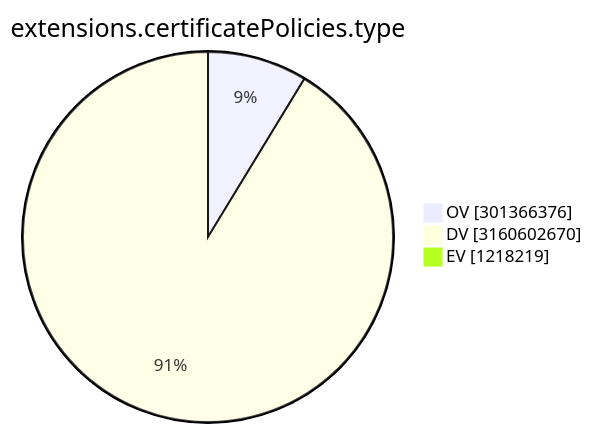
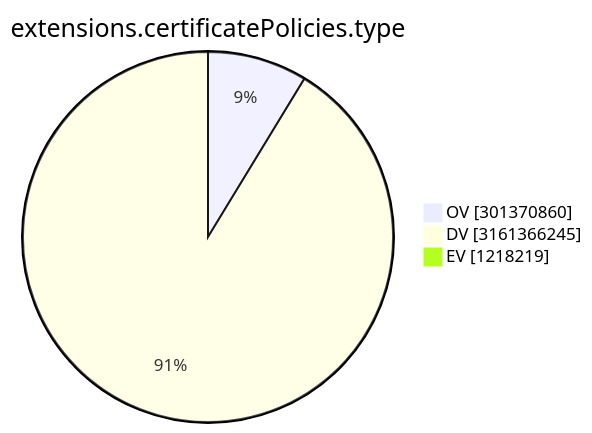
The ninth of 15 diagrams in TOTAL/README.md (christiankrug/ctmonitor_visualization), drawn with Mermaid before and after one commit. The commit also changed other lines of this file, not shown here.

````diff
--- a/TOTAL/README.md
+++ b/TOTAL/README.md
@@ -3105,7 +3105,7 @@
 ```mermaid
 pie showData
 title extensions.certificatePolicies.type
-"OV" :301366376
-"DV" :3160602670
+"OV" :301370860
+"DV" :3161366245
 "EV" :1218219
 ```
````
